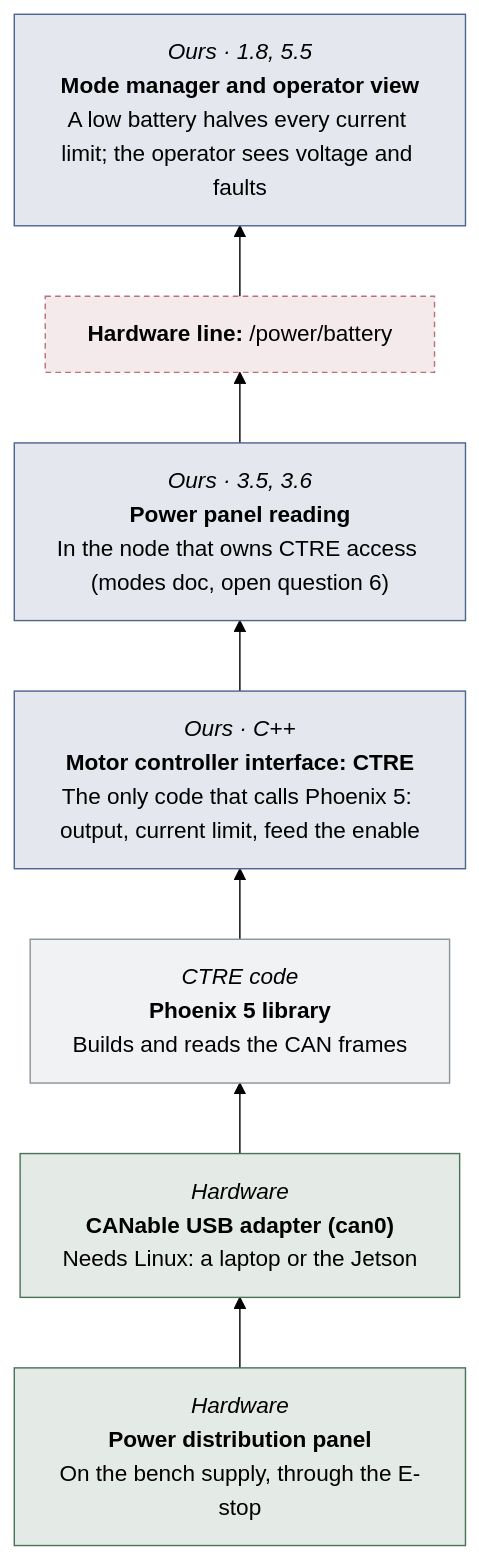
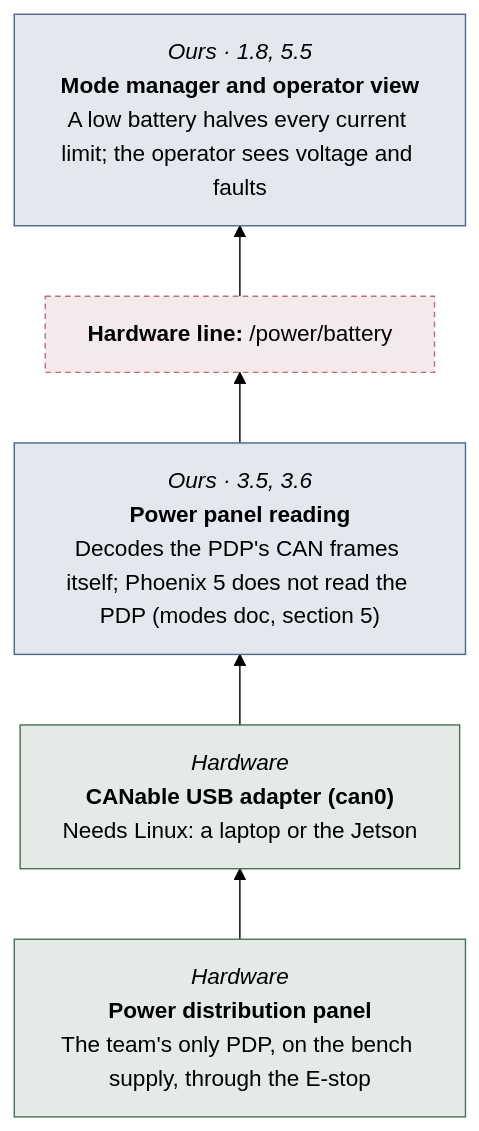
Before and after one commit to STAR-Robotics-Team/starrt-luna-software: diagram 11 of 30 in docs/design/hardware-test-modes.md, drawn with Mermaid (forest theme). The commit also changed other lines of this file and 10 other files, not shown here.

First line of the commit message:
Settle the charge limit and computer battery, and read the PDP over CAN

````diff
--- a/docs/design/hardware-test-modes.md
+++ b/docs/design/hardware-test-modes.md
@@ -620,43 +624,34 @@
 ```mermaid
 ---
 config:
   flowchart:
     wrappingWidth: 260
 ---
 flowchart BT
   b1["`*Ours · 1.8, 5.5*
 **Mode manager and operator view**
 A low battery halves every current limit; the operator sees voltage and faults`"]
   line2["`**Hardware line:** /power/battery`"]
   b3["`*Ours · 3.5, 3.6*
 **Power panel reading**
-In the node that owns CTRE access (modes doc, open question 6)`"]
-  b4["`*Ours · C++*
-**Motor controller interface: CTRE**
-The only code that calls Phoenix 5: output, current limit, feed the enable`"]
-  b5["`*CTRE code*
-**Phoenix 5 library**
-Builds and reads the CAN frames`"]
-  b6["`*Hardware*
+Decodes the PDP's CAN frames itself; Phoenix 5 does not read the PDP (modes doc, section 5)`"]
+  b4["`*Hardware*
 **CANable USB adapter (can0)**
 Needs Linux: a laptop or the Jetson`"]
-  b7["`*Hardware*
+  b5["`*Hardware*
 **Power distribution panel**
-On the bench supply, through the E-stop`"]
+The team's only PDP, on the bench supply, through the E-stop`"]
   line2 --> b1
   b3 --> line2
   b4 --> b3
   b5 --> b4
-  b6 --> b5
-  b7 --> b6
   classDef ours fill:#4c669026,stroke:#4c6690
   classDef ros fill:#8b939c1f,stroke:#8b939c
   classDef stand fill:#b0844526,stroke:#b08445
   classDef hw fill:#4a725926,stroke:#4a7259
   classDef hwline fill:#b9707c26,stroke:#b9707c,stroke-dasharray:4 3
   classDef ghost fill:none,stroke:#8b939c,stroke-dasharray:4 4,color:#8b939c
-  class b1,b3,b4 ours
+  class b1,b3 ours
   class line2 hwline
-  class b5 ros
-  class b6,b7 hw
+  class b4,b5 hw
 ```
````
